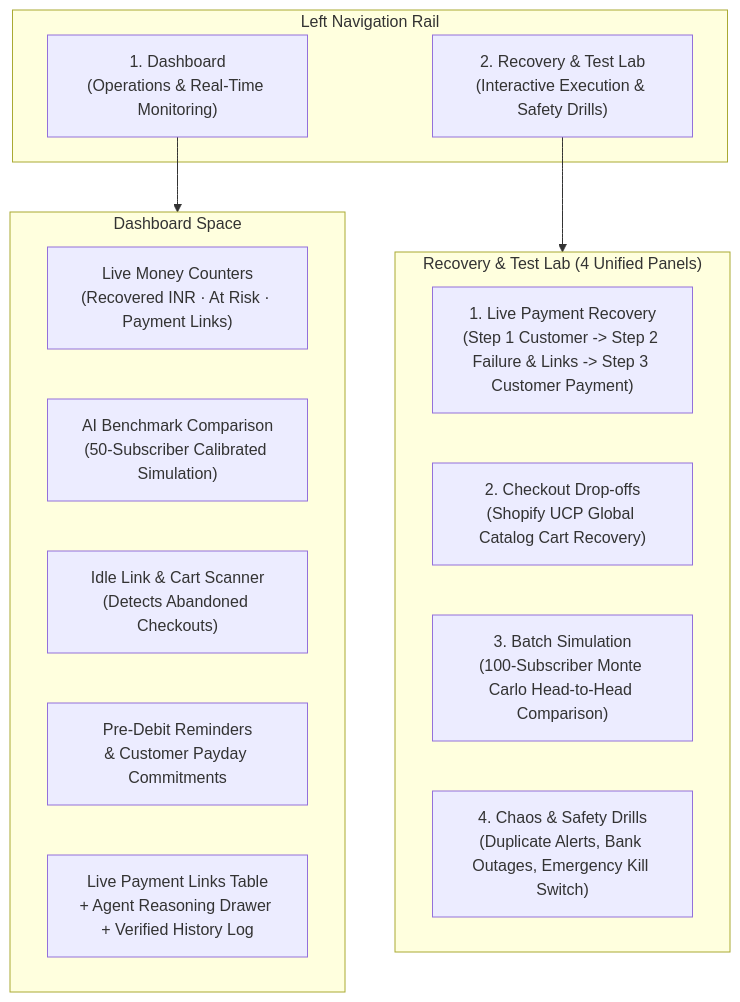
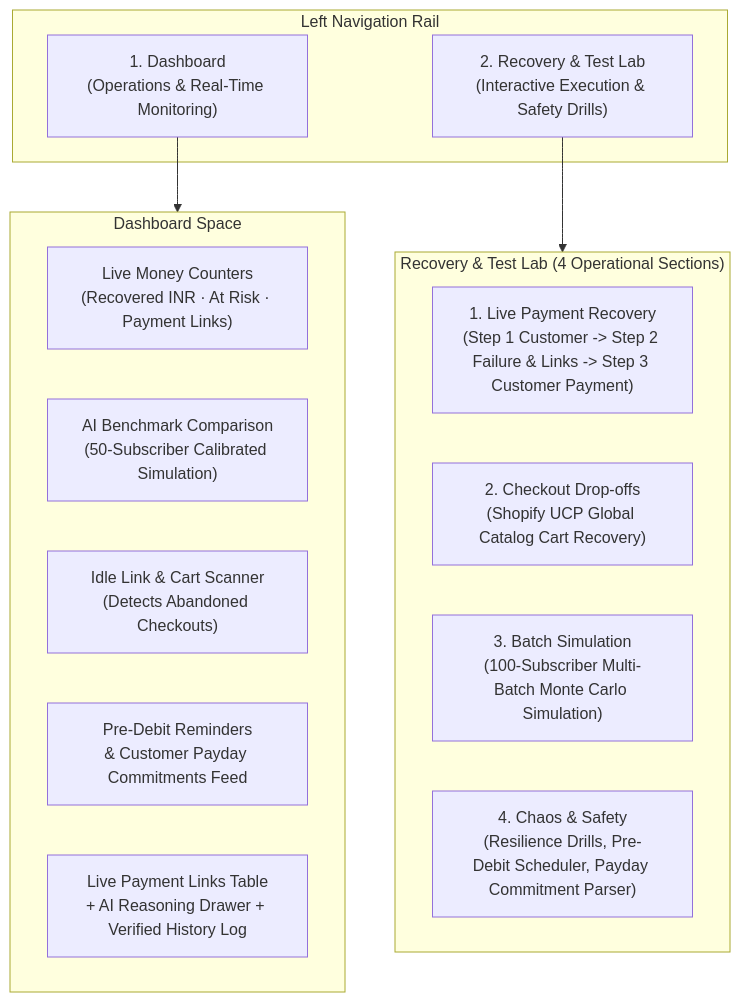
One commit to JoelDlima/Cadence changed the second of 2 diagrams in README.md. Above: the diagram before and after it, drawn with Mermaid. The commit also changed other lines of this file and 1 other file, not shown here.

Commit message:
docs: revamp master README with architecture, plain English guide, and live demo runbook

````diff
--- a/README.md
+++ b/README.md
@@ -50,25 +59,25 @@
 ```mermaid
 flowchart TD
   subgraph Sidebar["Left Navigation Rail"]
     DASH["1. Dashboard\n(Operations & Real-Time Monitoring)"]
     LAB["2. Recovery & Test Lab\n(Interactive Execution & Safety Drills)"]
   end
 
   subgraph DashboardView["Dashboard Space"]
     STAT["Live Money Counters\n(Recovered INR · At Risk · Payment Links)"]
     BENCH["AI Benchmark Comparison\n(50-Subscriber Calibrated Simulation)"]
     SCAN["Idle Link & Cart Scanner\n(Detects Abandoned Checkouts)"]
-    PREV["Pre-Debit Reminders\n& Customer Payday Commitments"]
-    TABLE["Live Payment Links Table\n+ Agent Reasoning Drawer + Verified History Log"]
+    PREV["Pre-Debit Reminders\n& Customer Payday Commitments Feed"]
+    TABLE["Live Payment Links Table\n+ AI Reasoning Drawer + Verified History Log"]
   end
 
-  subgraph TestLabView["Recovery & Test Lab (4 Unified Panels)"]
+  subgraph TestLabView["Recovery & Test Lab (4 Operational Sections)"]
     P1["1. Live Payment Recovery\n(Step 1 Customer -> Step 2 Failure & Links -> Step 3 Customer Payment)"]
     P2["2. Checkout Drop-offs\n(Shopify UCP Global Catalog Cart Recovery)"]
-    P3["3. Batch Simulation\n(100-Subscriber Monte Carlo Head-to-Head Comparison)"]
-    P4["4. Chaos & Safety Drills\n(Duplicate Alerts, Bank Outages, Emergency Kill Switch)"]
+    P3["3. Batch Simulation\n(100-Subscriber Multi-Batch Monte Carlo Simulation)"]
+    P4["4. Chaos & Safety\n(Resilience Drills, Pre-Debit Scheduler, Payday Commitment Parser)"]
   end
 
   DASH --> DashboardView
   LAB --> TestLabView
 ```
````
